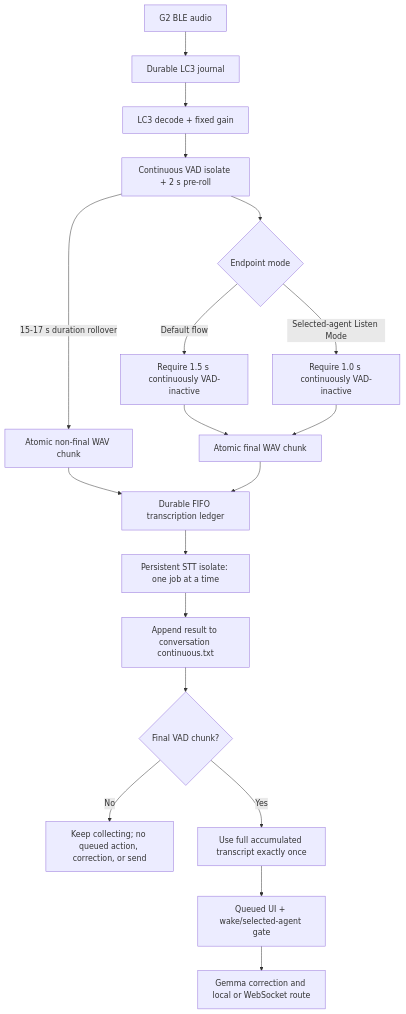
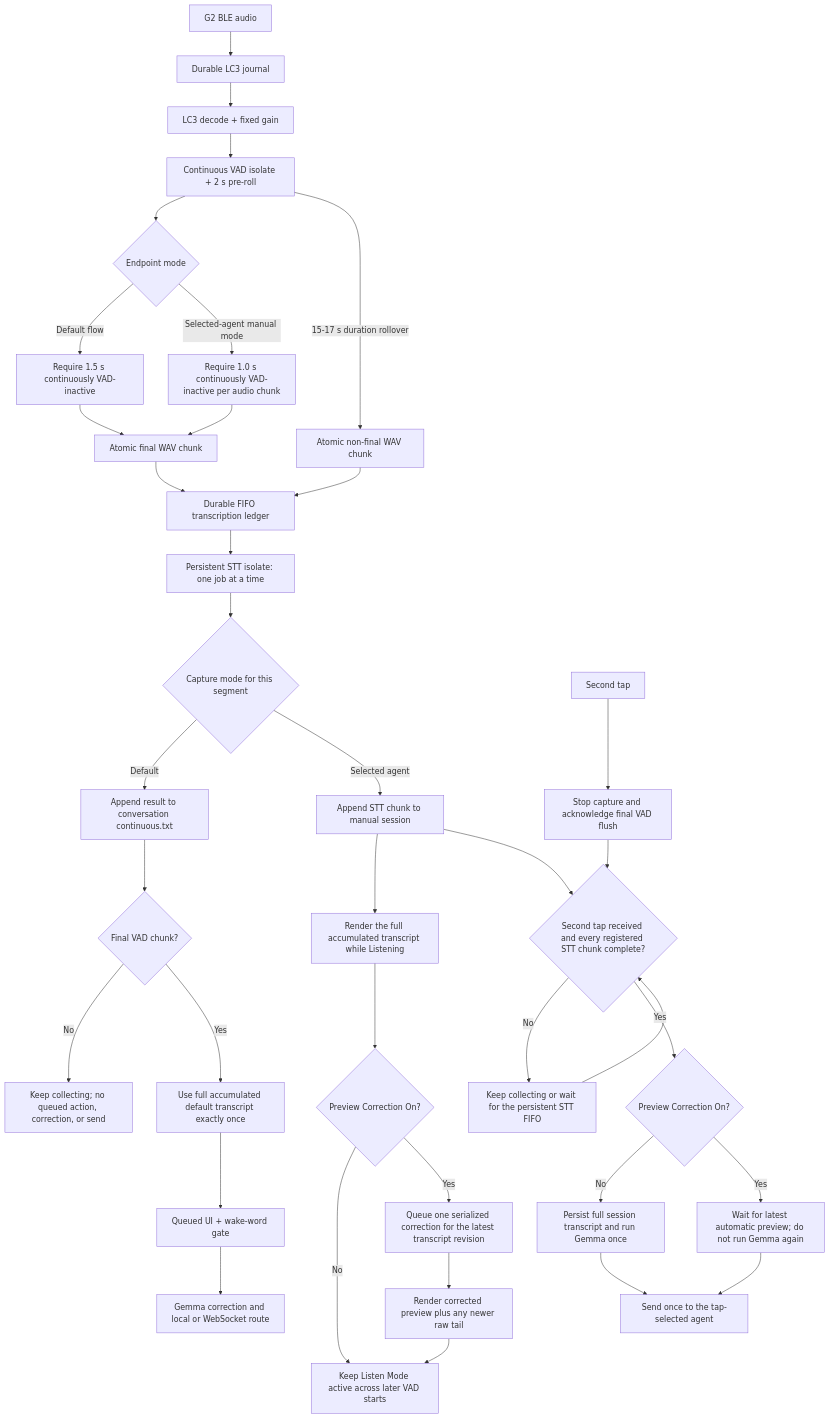
Before and after one commit to aaronrau/workbench: the diagram in docs/LOCAL_AUDIO_PIPELINE.md, drawn with Mermaid. The commit also changed other lines of this file and 15 other files, not shown here.

Commit message:
Refactor selected-agent transcript sessions

````diff
--- a/docs/LOCAL_AUDIO_PIPELINE.md
+++ b/docs/LOCAL_AUDIO_PIPELINE.md
@@ -3,21 +3,39 @@
 ```mermaid
 flowchart TD
     A[G2 BLE audio] --> B[Durable LC3 journal]
     B --> C[LC3 decode + fixed gain]
     C --> D[Continuous VAD isolate + 2 s pre-roll]
     D --> E{Endpoint mode}
     E -->|Default flow| F[Require 1.5 s continuously VAD-inactive]
-    E -->|Selected-agent Listen Mode| G[Require 1.0 s continuously VAD-inactive]
+    E -->|Selected-agent manual mode| G[Require 1.0 s continuously VAD-inactive per audio chunk]
     D -->|15-17 s duration rollover| H[Atomic non-final WAV chunk]
     F --> I[Atomic final WAV chunk]
     G --> I
     H --> J[Durable FIFO transcription ledger]
     I --> J
     J --> K[Persistent STT isolate: one job at a time]
-    K --> L[Append result to conversation continuous.txt]
-    L --> M{Final VAD chunk?}
-    M -->|No| N[Keep collecting; no queued action, correction, or send]
-    M -->|Yes| O[Use full accumulated transcript exactly once]
-    O --> P[Queued UI + wake/selected-agent gate]
-    P --> Q[Gemma correction and local or WebSocket route]
+    K --> L{Capture mode for this segment}
+    L -->|Default| M[Append result to conversation continuous.txt]
+    M --> N{Final VAD chunk?}
+    N -->|No| O[Keep collecting; no queued action, correction, or send]
+    N -->|Yes| P[Use full accumulated default transcript exactly once]
+    P --> Q[Queued UI + wake-word gate]
+    Q --> R[Gemma correction and local or WebSocket route]
+    L -->|Selected agent| S[Append STT chunk to manual session]
+    S --> T[Render the full accumulated transcript while Listening]
+    T --> PC{Preview Correction On?}
+    PC -->|No| U[Keep Listen Mode active across later VAD starts]
+    PC -->|Yes| PV[Queue one serialized correction for the latest transcript revision]
+    PV --> PR[Render corrected preview plus any newer raw tail]
+    PR --> U
+    V[Second tap] --> W[Stop capture and acknowledge final VAD flush]
+    W --> X{Second tap received and every registered STT chunk complete?}
+    S --> X
+    X -->|No| Y[Keep collecting or wait for the persistent STT FIFO]
+    Y --> X
+    X -->|Yes| PM{Preview Correction On?}
+    PM -->|No| Z[Persist full session transcript and run Gemma once]
+    PM -->|Yes| PW[Wait for latest automatic preview; do not run Gemma again]
+    Z --> AA[Send once to the tap-selected agent]
+    PW --> AA
 ```
````
